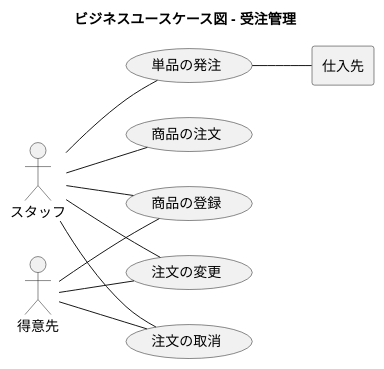
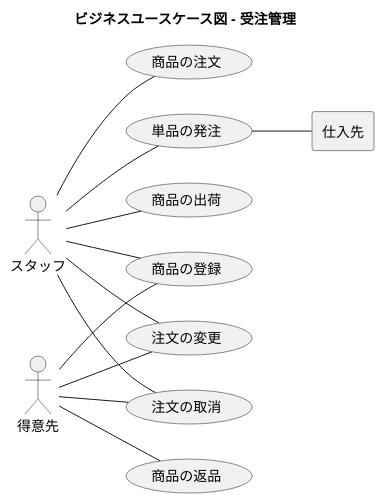
Before and after one commit to k2works/application_programing_excercise_2022: the sixth of 39 diagrams in docs/index.adoc, drawn with PlantUML. The commit also changed other lines of this file, not shown here.

```diff
--- a/docs/index.adoc
+++ b/docs/index.adoc
@@ -257,34 +257,40 @@
 [plantuml]
 ----
 @startuml
 
 title ビジネスユースケース図 - 受注管理
 
 left to right direction
 
 actor 得意先 as ac_01
 actor スタッフ as ac_02
 agent 仕入先 as ag_01
 
 usecase 商品の登録 as uc_01
 usecase 商品の注文 as uc_02
 usecase 単品の発注 as uc_03
 usecase 注文の変更 as uc_04
 usecase 注文の取消 as uc_05
+usecase 商品の出荷 as uc_06
+usecase 商品の返品 as uc_07
 
 ac_01 -- (uc_01)
 
 ac_02 -- (uc_01)
 ac_02 -- (uc_02)
 
 ac_02 -- (uc_03)
 (uc_03) -- ag_01
 
 ac_01 -- (uc_04)
 ac_02 -- (uc_04)
 
 ac_01 -- (uc_05)
 ac_02 -- (uc_05)
 
+ac_02 -- (uc_06)
+
+ac_01 -- (uc_07)
+
 @enduml
 ----
```
